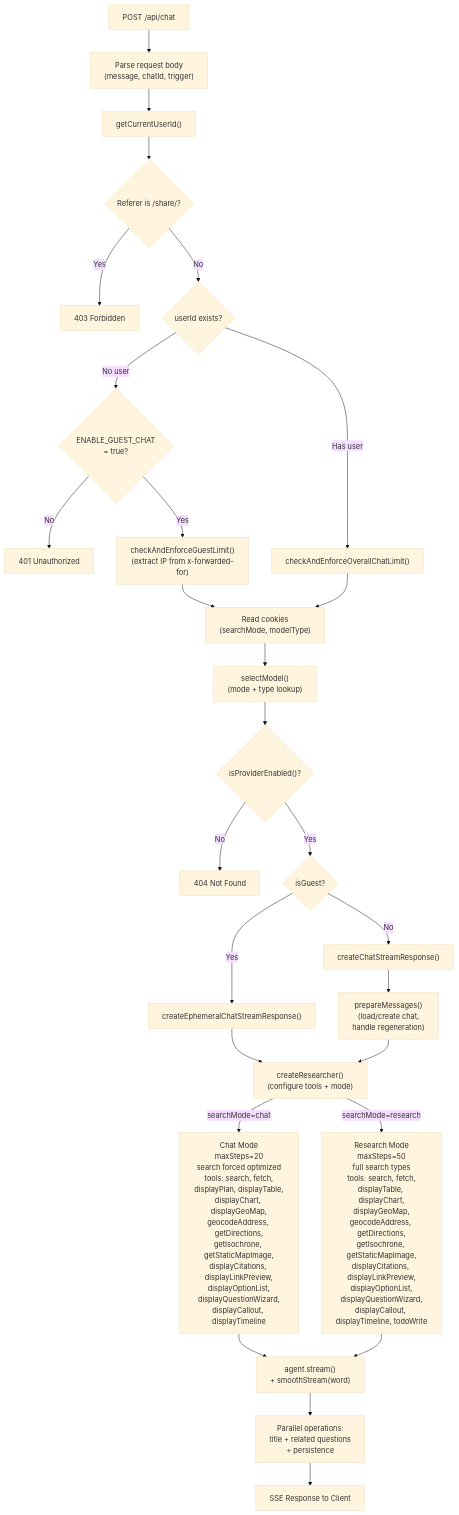
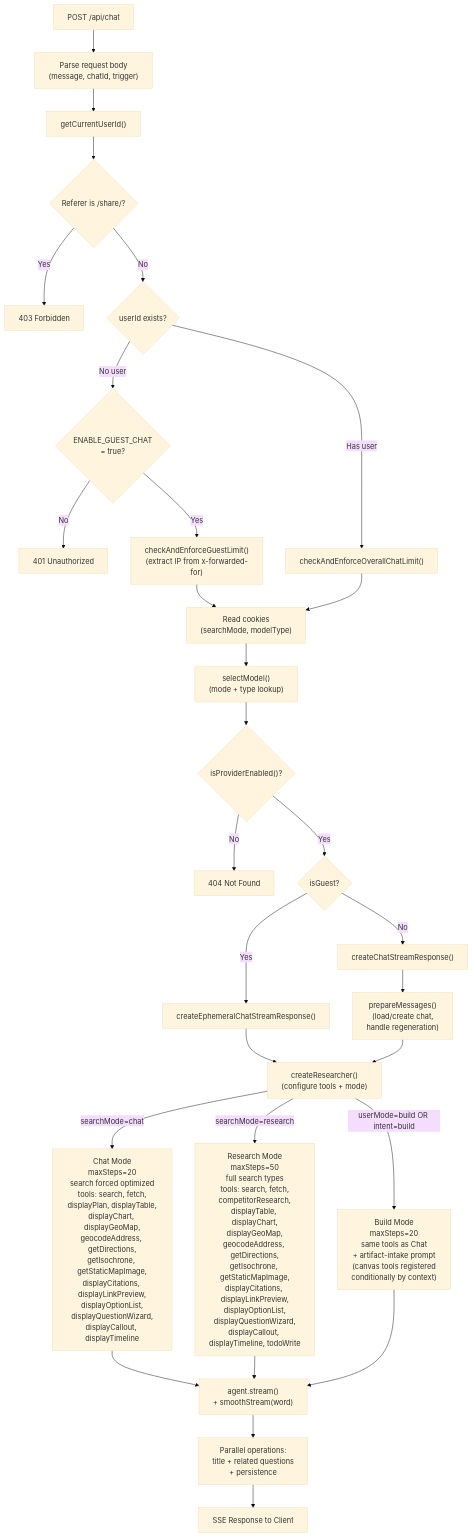
Before and after one commit to NickB03/polymorph: the second of 10 diagrams in docs/architecture/OVERVIEW.md, drawn with Mermaid (base theme). The commit also changed other lines of this file and 26 other files, not shown here.

````diff
--- a/docs/architecture/OVERVIEW.md
+++ b/docs/architecture/OVERVIEW.md
@@ -104,49 +104,52 @@
 ```mermaid
 flowchart TD
     POST["POST /api/chat"]
     Parse["Parse request body<br/>(message, chatId, trigger)"]
     Auth["getCurrentUserId()"]
     ShareCheck{"Referer is /share/?"}
     GuestCheck{"userId exists?"}
     GuestEnabled{"ENABLE_GUEST_CHAT<br/>= true?"}
     GuestLimit["checkAndEnforceGuestLimit()<br/>(extract IP from x-forwarded-for)"]
     OverallLimit["checkAndEnforceOverallChatLimit()"]
     Cookies["Read cookies<br/>(searchMode, modelType)"]
     SelectModel["selectModel()<br/>(mode + type lookup)"]
     ProviderCheck{"isProviderEnabled()?"}
     StreamBranch{"isGuest?"}
     EphemeralStream["createEphemeralChatStreamResponse()"]
     AuthStream["createChatStreamResponse()"]
     PrepareMsg["prepareMessages()<br/>(load/create chat,<br/>handle regeneration)"]
     CreateAgent["createResearcher()<br/>(configure tools + mode)"]
     ChatMode["Chat Mode<br/>maxSteps=20<br/>search forced optimized<br/>tools: search, fetch,<br/>displayPlan, displayTable,<br/>displayChart, displayGeoMap,<br/>geocodeAddress, getDirections,<br/>getIsochrone, getStaticMapImage,<br/>displayCitations, displayLinkPreview,<br/>displayOptionList,<br/>displayQuestionWizard,<br/>displayCallout, displayTimeline"]
-    ResearchMode["Research Mode<br/>maxSteps=50<br/>full search types<br/>tools: search, fetch,<br/>displayTable, displayChart,<br/>displayGeoMap,<br/>geocodeAddress, getDirections,<br/>getIsochrone, getStaticMapImage,<br/>displayCitations, displayLinkPreview,<br/>displayOptionList,<br/>displayQuestionWizard,<br/>displayCallout, displayTimeline, todoWrite"]
+    ResearchMode["Research Mode<br/>maxSteps=50<br/>full search types<br/>tools: search, fetch,<br/>competitorResearch,<br/>displayTable, displayChart,<br/>displayGeoMap,<br/>geocodeAddress, getDirections,<br/>getIsochrone, getStaticMapImage,<br/>displayCitations, displayLinkPreview,<br/>displayOptionList,<br/>displayQuestionWizard,<br/>displayCallout, displayTimeline, todoWrite"]
+    BuildMode["Build Mode<br/>maxSteps=20<br/>same tools as Chat<br/>+ artifact-intake prompt<br/>(canvas tools registered<br/>conditionally by context)"]
     AgentStream["agent.stream()<br/>+ smoothStream(word)"]
     Parallel["Parallel operations:<br/>title + related questions<br/>+ persistence"]
     SSE["SSE Response to Client"]
 
     POST --> Parse --> Auth
     Auth --> ShareCheck
     ShareCheck -->|Yes| ForbidShare["403 Forbidden"]
     ShareCheck -->|No| GuestCheck
     GuestCheck -->|No user| GuestEnabled
     GuestEnabled -->|No| Unauth["401 Unauthorized"]
     GuestEnabled -->|Yes| GuestLimit
     GuestLimit --> Cookies
     GuestCheck -->|Has user| OverallLimit
     OverallLimit --> Cookies
     Cookies --> SelectModel
     SelectModel --> ProviderCheck
     ProviderCheck -->|No| ProviderErr["404 Not Found"]
     ProviderCheck -->|Yes| StreamBranch
     StreamBranch -->|Yes| EphemeralStream
     StreamBranch -->|No| AuthStream
     AuthStream --> PrepareMsg
     EphemeralStream --> CreateAgent
     PrepareMsg --> CreateAgent
     CreateAgent -->|searchMode=chat| ChatMode
     CreateAgent -->|searchMode=research| ResearchMode
+    CreateAgent -->|userMode=build OR intent=build| BuildMode
     ChatMode --> AgentStream
     ResearchMode --> AgentStream
+    BuildMode --> AgentStream
     AgentStream --> Parallel --> SSE
 ```
````
